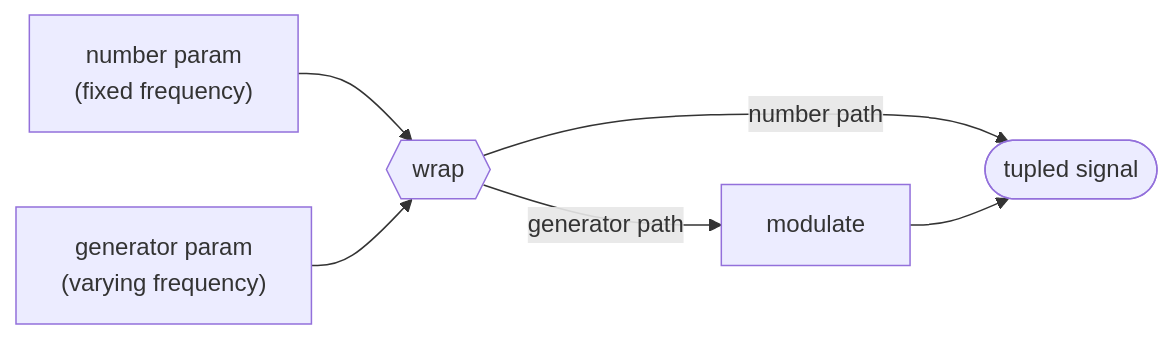
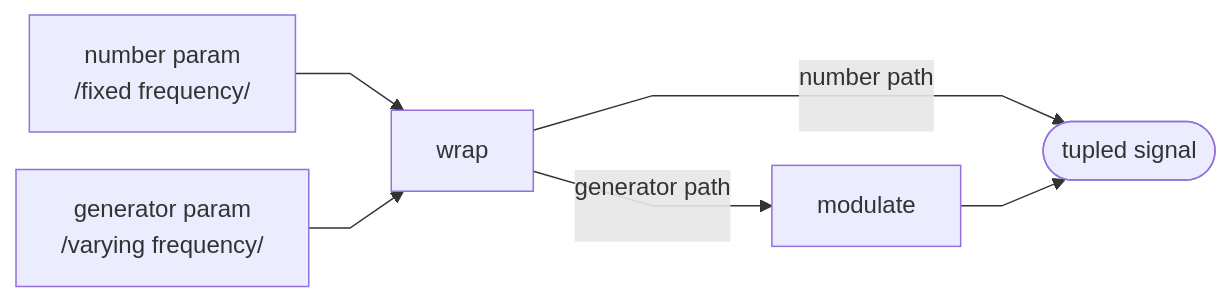
The second of 4 diagrams in lang/On the engine.md (amuradyan/lyre), drawn with Mermaid before and after one commit. The commit also changed other lines of this file and 1 other file, not shown here.

First line of the commit message:
📙 Engine doc reshaped with hardware-style diagrams

````diff
--- a/lang/On the engine.md
+++ b/lang/On the engine.md
@@ -61,14 +62,22 @@
 ```mermaid
+---
+config:
+  layout: dagre
+  flowchart:
+    nodeSpacing: 25
+    rankSpacing: 55
+    curve: linear
+---
 flowchart LR
-    wrap{{wrap}}
-    fixed["number param<br/>(fixed frequency)"]
-    modgen["generator param<br/>(varying frequency)"]
+    wrap[wrap]
+    fixed["number param<br/>/fixed frequency/"]
+    modgen["generator param<br/>/varying frequency/"]
     modulate
     out([tupled signal])
 
     fixed --> wrap
     modgen --> wrap
-    wrap -->|number path| out
-    wrap -->|generator path| modulate
+    wrap -->|"number path<br/>&nbsp;"| out
+    wrap -->|"generator path<br/>&nbsp;"| modulate
     modulate --> out
 ```
````
